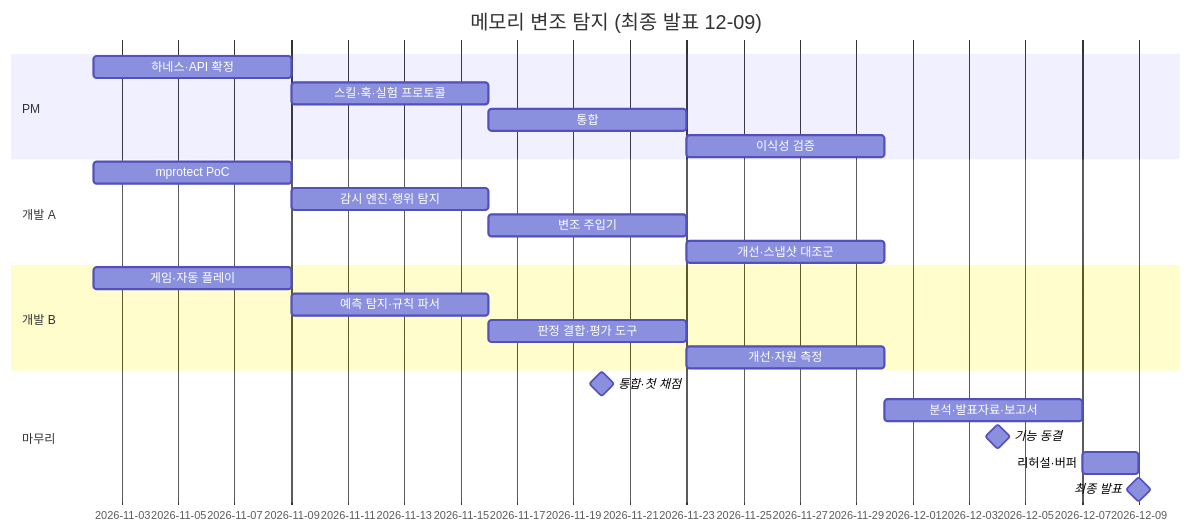
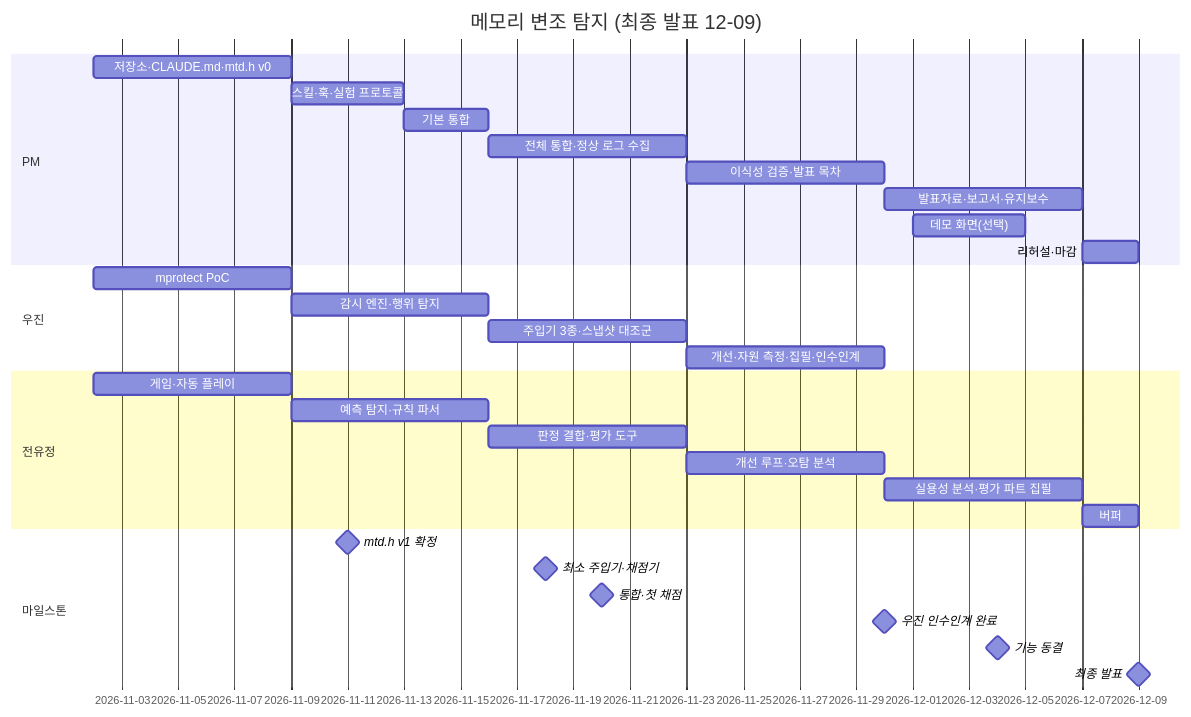
The diagram in docs/plan.md (tgYun783/MH-Safer), drawn with Mermaid before and after one commit. The commit also changed other lines of this file and 1 other file, not shown here.

````diff
--- a/docs/plan.md
+++ b/docs/plan.md
@@ -105,26 +123,33 @@
 ```mermaid
 gantt
   dateFormat YYYY-MM-DD
   title 메모리 변조 탐지 (최종 발표 12-09)
   section PM
-  하네스·API 확정         :2026-11-02, 7d
-  스킬·훅·실험 프로토콜   :2026-11-09, 7d
-  통합                    :2026-11-16, 7d
-  이식성 검증             :2026-11-23, 7d
-  section 개발 A
-  mprotect PoC            :2026-11-02, 7d
-  감시 엔진·행위 탐지     :2026-11-09, 7d
-  변조 주입기             :2026-11-16, 7d
-  개선·스냅샷 대조군      :2026-11-23, 7d
-  section 개발 B
-  게임·자동 플레이        :2026-11-02, 7d
-  예측 탐지·규칙 파서     :2026-11-09, 7d
-  판정 결합·평가 도구     :2026-11-16, 7d
-  개선·자원 측정          :2026-11-23, 7d
-  section 마무리
-  통합·첫 채점            :milestone, 2026-11-20, 0d
-  분석·발표자료·보고서    :2026-11-30, 7d
-  기능 동결               :milestone, 2026-12-04, 0d
-  리허설·버퍼             :2026-12-07, 2d
-  최종 발표               :milestone, 2026-12-09, 0d
+  저장소·CLAUDE.md·mtd.h v0     :2026-11-02, 7d
+  스킬·훅·실험 프로토콜         :2026-11-09, 4d
+  기본 통합                     :2026-11-13, 3d
+  전체 통합·정상 로그 수집      :2026-11-16, 7d
+  이식성 검증·발표 목차         :2026-11-23, 7d
+  발표자료·보고서·유지보수      :2026-11-30, 7d
+  데모 화면(선택)               :2026-12-01, 4d
+  리허설·마감                   :2026-12-07, 2d
+  section 우진
+  mprotect PoC                  :2026-11-02, 7d
+  감시 엔진·행위 탐지           :2026-11-09, 7d
+  주입기 3종·스냅샷 대조군      :2026-11-16, 7d
+  개선·자원 측정·집필·인수인계  :2026-11-23, 7d
+  section 전유정
+  게임·자동 플레이              :2026-11-02, 7d
+  예측 탐지·규칙 파서           :2026-11-09, 7d
+  판정 결합·평가 도구           :2026-11-16, 7d
+  개선 루프·오탐 분석           :2026-11-23, 7d
+  실용성 분석·평가 파트 집필    :2026-11-30, 7d
+  버퍼                          :2026-12-07, 2d
+  section 마일스톤
+  mtd.h v1 확정                 :milestone, 2026-11-11, 0d
+  최소 주입기·채점기            :milestone, 2026-11-18, 0d
+  통합·첫 채점                  :milestone, 2026-11-20, 0d
+  우진 인수인계 완료            :milestone, 2026-11-30, 0d
+  기능 동결                     :milestone, 2026-12-04, 0d
+  최종 발표                     :milestone, 2026-12-09, 0d
 ```
````
